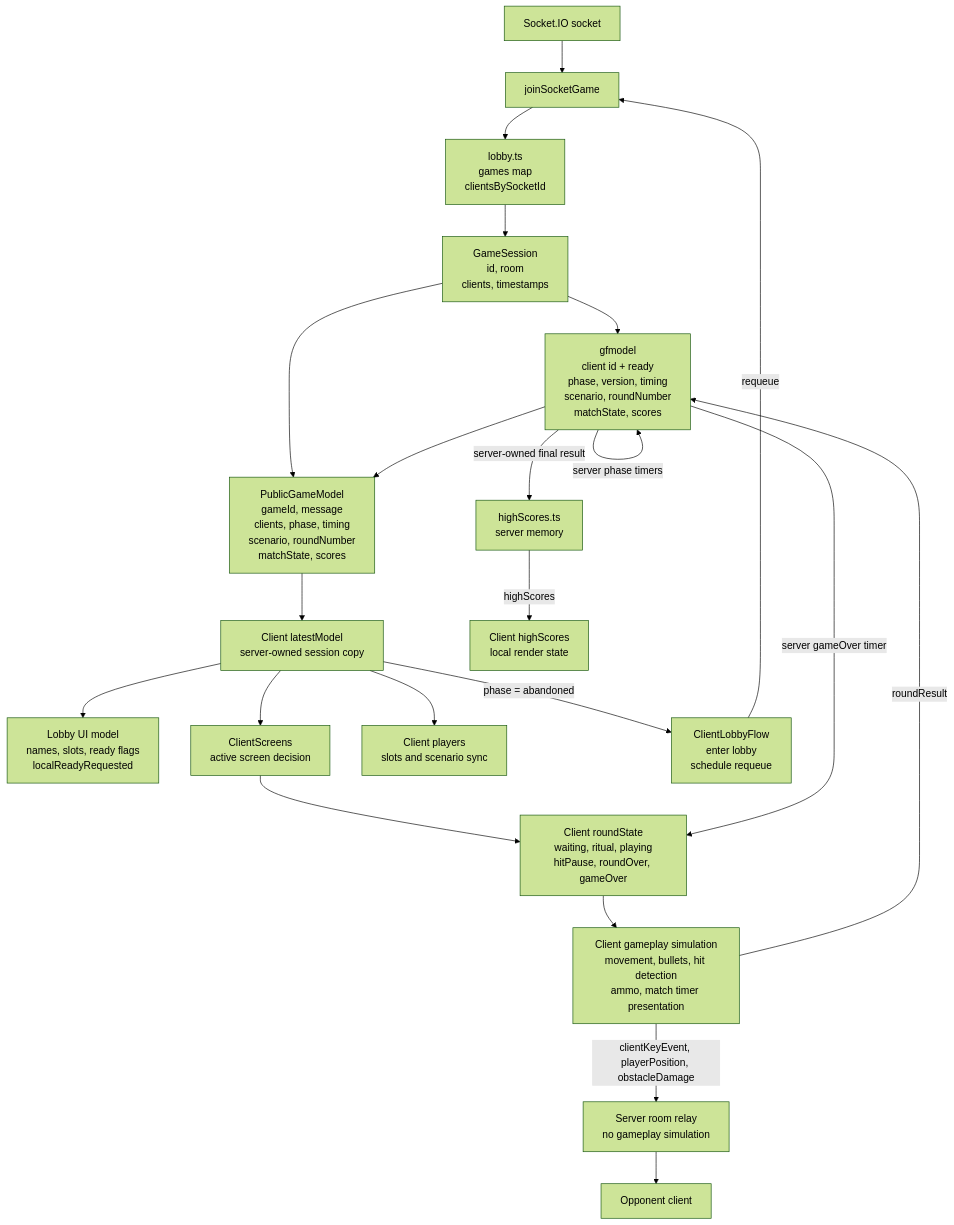
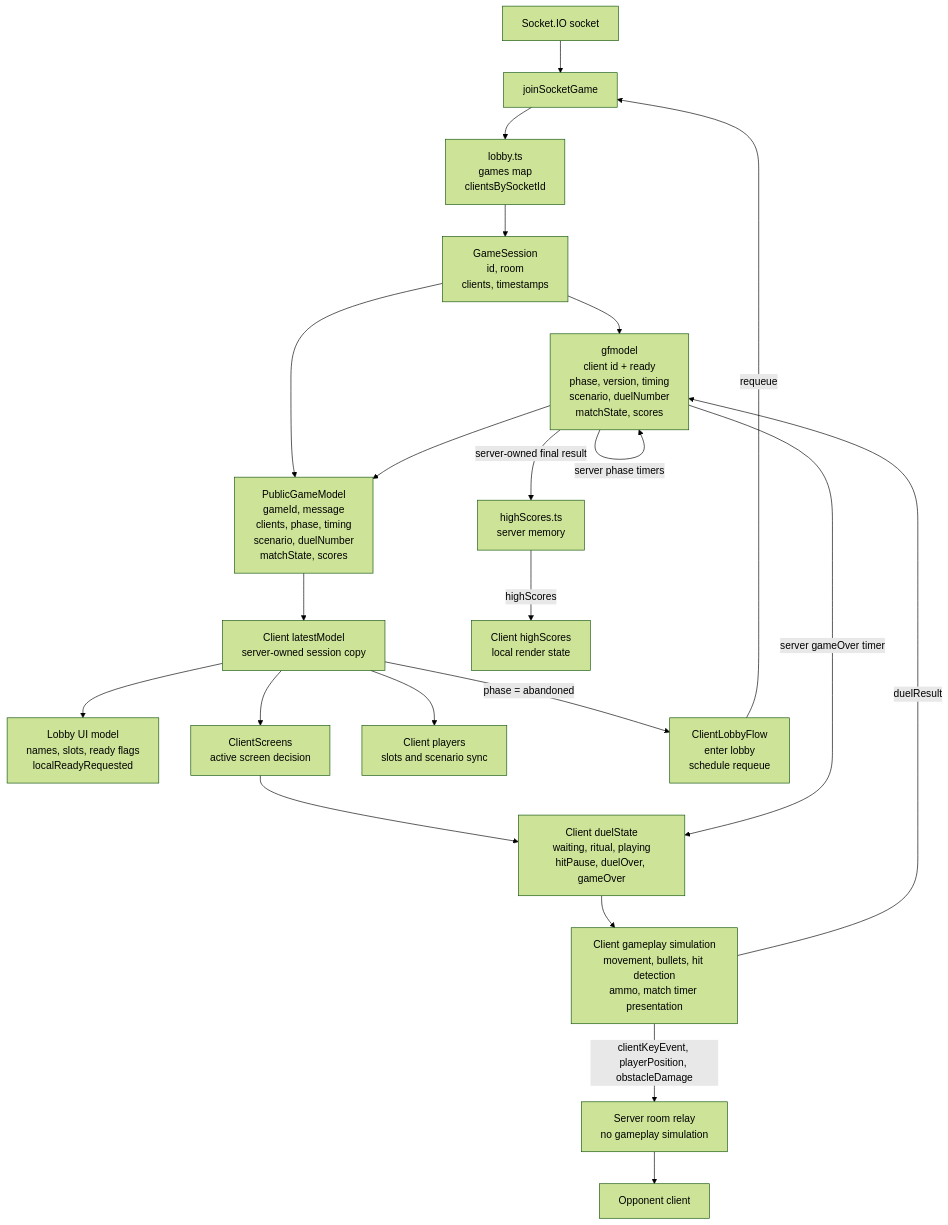
Before and after one commit to mkjems/gunfight: the first of 2 diagrams in documentation/Connection-state-model.md, drawn with Mermaid (forest theme). The commit also changed other lines of this file and 84 other files, not shown here.

Commit message:
P24 - Rename duel/round terminology

````diff
--- a/documentation/Connection-state-model.md
+++ b/documentation/Connection-state-model.md
@@ -23,30 +23,30 @@
 ```mermaid
 flowchart TD
     Socket["Socket.IO socket"] --> Join["joinSocketGame"]
     Join --> Lobby["lobby.ts<br/>games map<br/>clientsBySocketId"]
 
     Lobby --> Session["GameSession<br/>id, room<br/>clients, timestamps"]
-    Session --> Gfmodel["gfmodel<br/>client id + ready<br/>phase, version, timing<br/>scenario, roundNumber<br/>matchState, scores"]
-    Session --> PublicModel["PublicGameModel<br/>gameId, message<br/>clients, phase, timing<br/>scenario, roundNumber<br/>matchState, scores"]
+    Session --> Gfmodel["gfmodel<br/>client id + ready<br/>phase, version, timing<br/>scenario, duelNumber<br/>matchState, scores"]
+    Session --> PublicModel["PublicGameModel<br/>gameId, message<br/>clients, phase, timing<br/>scenario, duelNumber<br/>matchState, scores"]
     Gfmodel --> PublicModel
 
     PublicModel --> LatestModel["Client latestModel<br/>server-owned session copy"]
     LatestModel --> LobbyUi["Lobby UI model<br/>names, slots, ready flags<br/>localReadyRequested"]
     LatestModel --> ClientScreens["ClientScreens<br/>active screen decision"]
     LatestModel --> ClientPlayers["Client players<br/>slots and scenario sync"]
 
-    ClientScreens --> RoundState["Client roundState<br/>waiting, ritual, playing<br/>hitPause, roundOver, gameOver"]
-    RoundState --> Gameplay["Client gameplay simulation<br/>movement, bullets, hit detection<br/>ammo, match timer presentation"]
+    ClientScreens --> DuelState["Client duelState<br/>waiting, ritual, playing<br/>hitPause, duelOver, gameOver"]
+    DuelState --> Gameplay["Client gameplay simulation<br/>movement, bullets, hit detection<br/>ammo, match timer presentation"]
 
     Gameplay -->|"clientKeyEvent, playerPosition, obstacleDamage"| Relay["Server room relay<br/>no gameplay simulation"]
     Relay --> Opponent["Opponent client"]
 
-    Gameplay -->|"roundResult"| Gfmodel
+    Gameplay -->|"duelResult"| Gfmodel
     Gfmodel -->|"server phase timers"| Gfmodel
     Gfmodel -->|"server-owned final result"| Scores["highScores.ts<br/>server memory"]
     Scores -->|"highScores"| ClientHighScores["Client highScores<br/>local render state"]
 
-    Gfmodel -->|"server gameOver timer"| RoundState
+    Gfmodel -->|"server gameOver timer"| DuelState
     LatestModel -->|"phase = abandoned"| Abandoned["ClientLobbyFlow<br/>enter lobby<br/>schedule requeue"]
     Abandoned -->|"requeue"| Join
 ```
````
